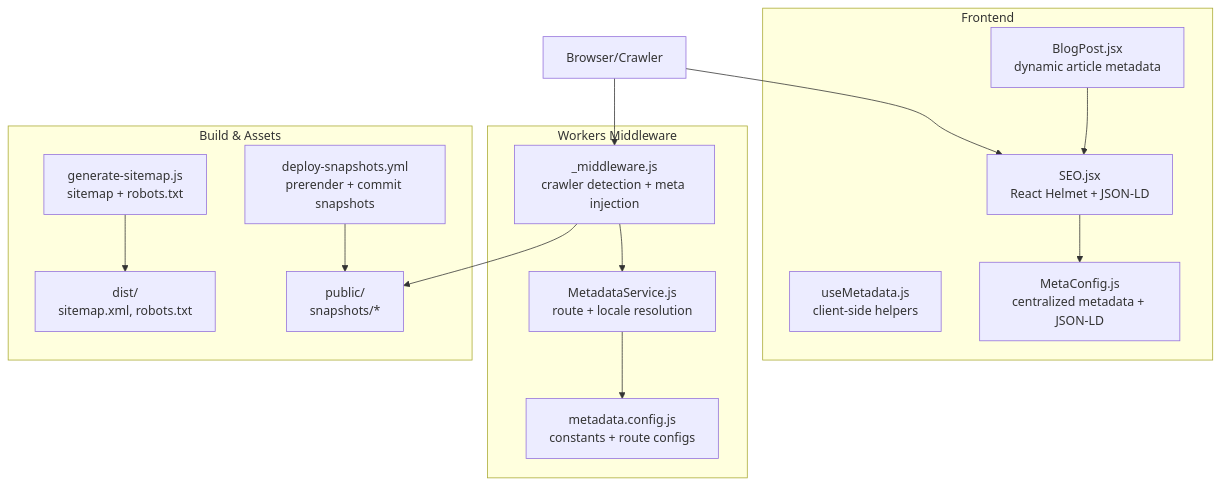
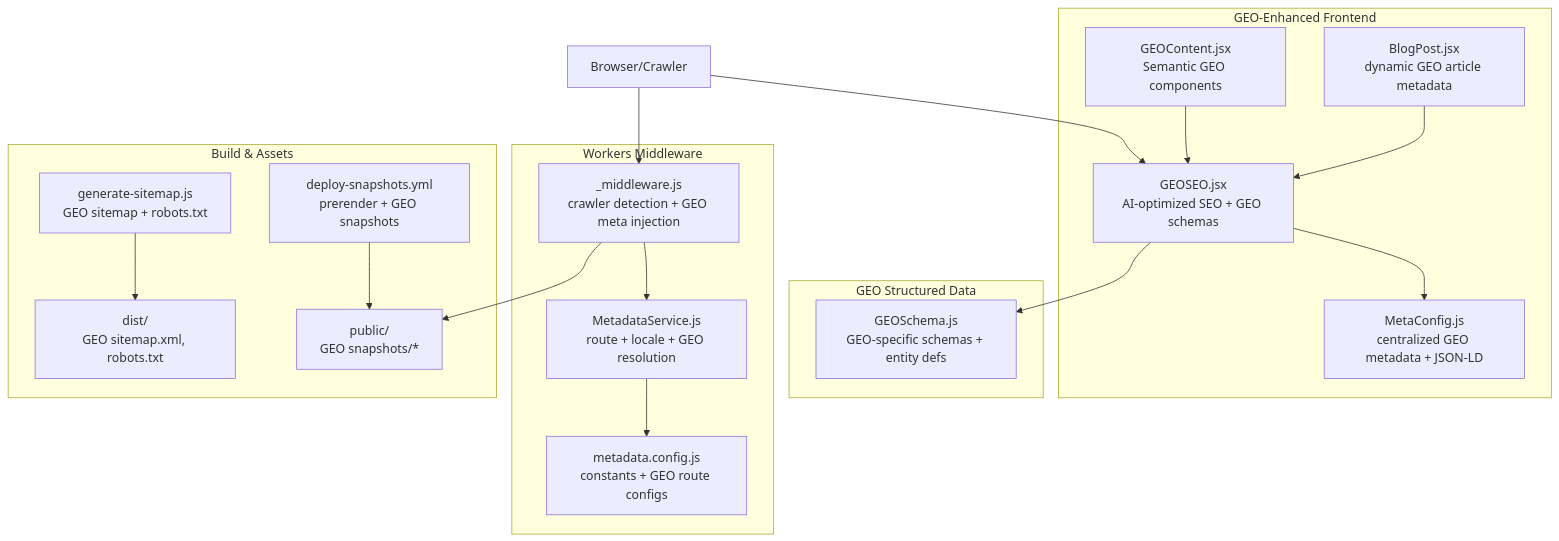
Before and after one commit to rumuze/landing-page: the first of 6 diagrams in .qoder/repowiki/en/content/SEO and Social Media Optimization/SEO and Social Media Optimization.md, drawn with Mermaid. The commit also changed other lines of this file and 5 other files, not shown here.

First line of the commit message:
feat(seo): implement FAANG-level bilingual SEO+GEO infrastructure

````diff
--- a/.qoder/repowiki/en/content/SEO and Social Media Optimization/SEO and Social Media Optimization.md
+++ b/.qoder/repowiki/en/content/SEO and Social Media Optimization/SEO and Social Media Optimization.md
@@ -50,29 +67,34 @@
 ```mermaid
 graph TB
-subgraph "Frontend"
-SEOComp["SEO.jsx<br/>React Helmet + JSON-LD"]
-MetaHook["useMetadata.js<br/>client-side helpers"]
-MetaUtil["MetaConfig.js<br/>centralized metadata + JSON-LD"]
-BlogPost["BlogPost.jsx<br/>dynamic article metadata"]
+subgraph "GEO-Enhanced Frontend"
+GEOSEO["GEOSEO.jsx<br/>AI-optimized SEO + GEO schemas"]
+GEOContent["GEOContent.jsx<br/>Semantic GEO components"]
+MetaConfig["MetaConfig.js<br/>centralized GEO metadata + JSON-LD"]
+BlogPost["BlogPost.jsx<br/>dynamic GEO article metadata"]
+end
+subgraph "GEO Structured Data"
+GEOSchema["GEOSchema.js<br/>GEO-specific schemas + entity defs"]
 end
 subgraph "Workers Middleware"
-MW["_middleware.js<br/>crawler detection + meta injection"]
-MSvc["MetadataService.js<br/>route + locale resolution"]
-MConf["metadata.config.js<br/>constants + route configs"]
+MW["_middleware.js<br/>crawler detection + GEO meta injection"]
+MSvc["MetadataService.js<br/>route + locale + GEO resolution"]
+MConf["metadata.config.js<br/>constants + GEO route configs"]
 end
 subgraph "Build & Assets"
-Gen["generate-sitemap.js<br/>sitemap + robots.txt"]
-Snap["deploy-snapshots.yml<br/>prerender + commit snapshots"]
-Dist["dist/<br/>sitemap.xml, robots.txt"]
-Public["public/<br/>snapshots/*"]
+Gen["generate-sitemap.js<br/>GEO sitemap + robots.txt"]
+Snap["deploy-snapshots.yml<br/>prerender + GEO snapshots"]
+Dist["dist/<br/>GEO sitemap.xml, robots.txt"]
+Public["public/<br/>GEO snapshots/*"]
 end
-Browser["Browser/Crawler"] --> SEOComp
+Browser["Browser/Crawler"] --> GEOSEO
 Browser --> MW
-SEOComp --> MetaUtil
-BlogPost --> SEOComp
+GEOSEO --> MetaConfig
+GEOSEO --> GEOSchema
+GEOContent --> GEOSEO
+BlogPost --> GEOSEO
 MW --> MSvc
 MSvc --> MConf
 Gen --> Dist
 Snap --> Public
 MW --> Public
 ```
````
